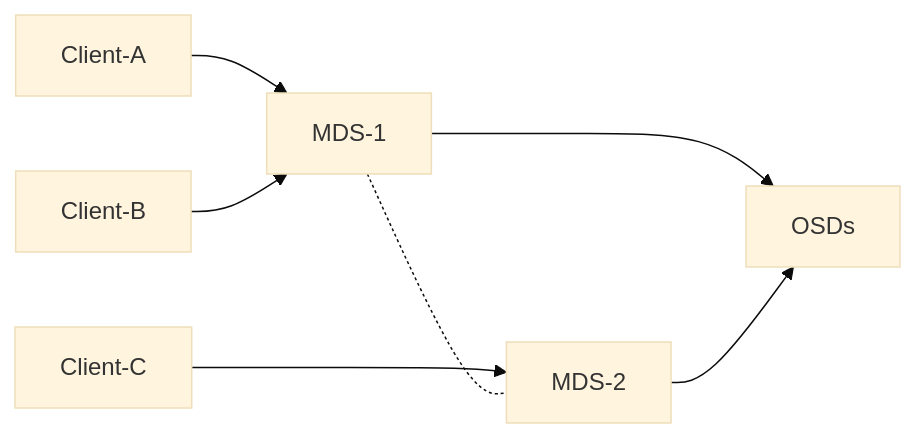
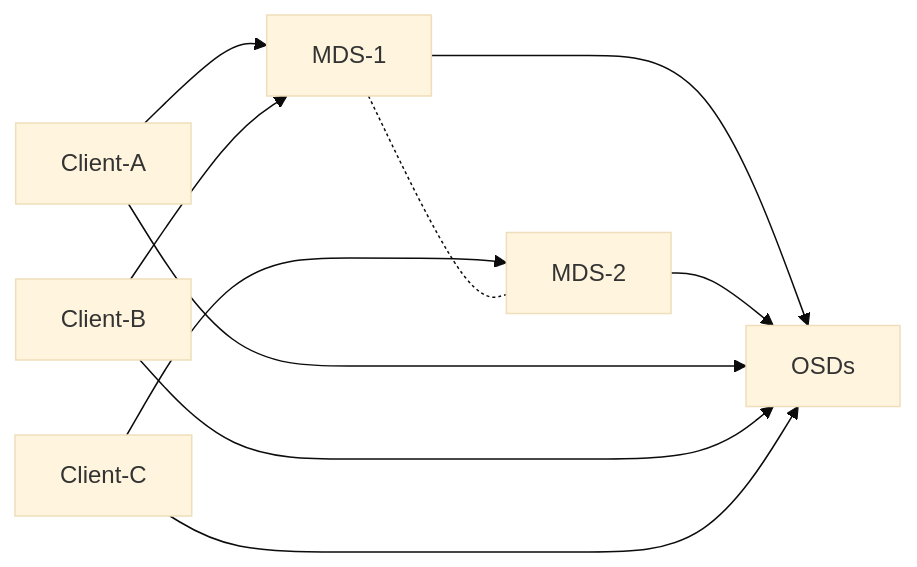
Before and after one commit to galexrt/docs.galexrt.moe: the fifth of 7 diagrams in docs/storage/ceph/index.md, drawn with Mermaid (base theme). The commit also changed other lines of this file, not shown here.

Commit message:
tweak ceph architecture diagrams

````diff
--- a/docs/storage/ceph/index.md
+++ b/docs/storage/ceph/index.md
@@ -119,9 +135,14 @@
 ```mermaid
 graph LR
     Client-A --> MDS-1
     Client-B --> MDS-1
     Client-C ---> MDS-2
+
     MDS-1 -.- MDS-2
     MDS-1 --> OSDs
     MDS-2 --> OSDs
+
+    Client-A ---> OSDs
+    Client-B ---> OSDs
+    Client-C ---> OSDs
 ```
````
